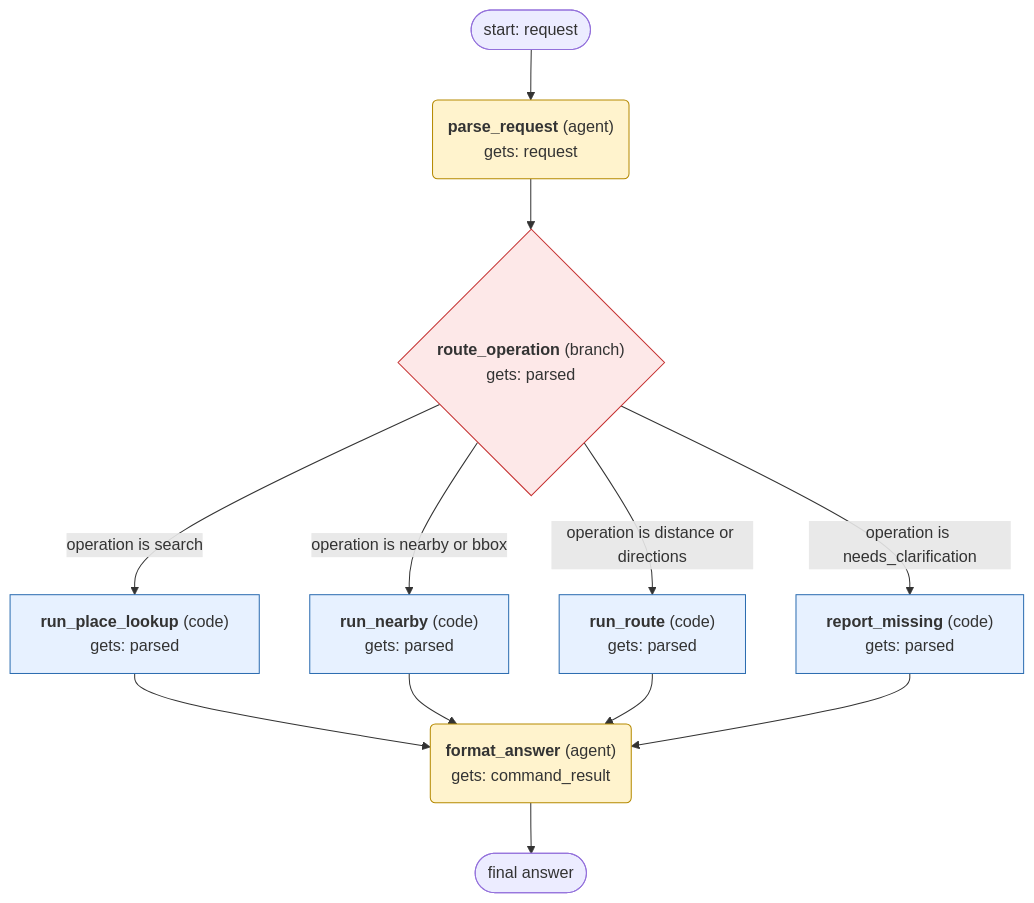
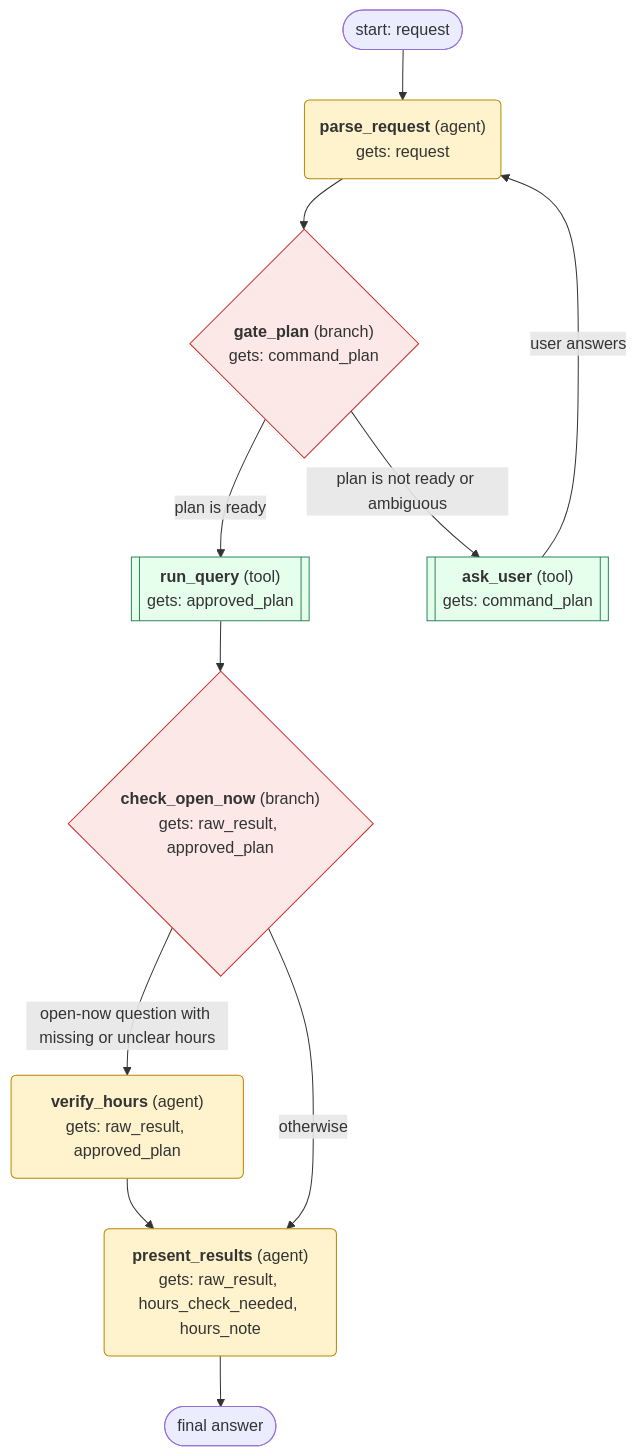
Before and after one commit to payalkanyan/hermes-pilot: the diagram in workflow/generated/maps/FLOWCHART.md, drawn with Mermaid. The commit also changed other lines of this file and 39 other files, not shown here.

````diff
--- a/workflow/generated/maps/FLOWCHART.md
+++ b/workflow/generated/maps/FLOWCHART.md
@@ -5,29 +5,28 @@
 ```mermaid
 flowchart TD
   start(["start: request"])
   parse_request("<b>parse_request</b> (agent)<br/>gets: request")
-  route_operation{"<b>route_operation</b> (branch)<br/>gets: parsed"}
-  run_place_lookup["<b>run_place_lookup</b> (code)<br/>gets: parsed"]
-  run_nearby["<b>run_nearby</b> (code)<br/>gets: parsed"]
-  run_route["<b>run_route</b> (code)<br/>gets: parsed"]
-  report_missing["<b>report_missing</b> (code)<br/>gets: parsed"]
-  format_answer("<b>format_answer</b> (agent)<br/>gets: command_result")
-  format_answer --> finish(["final answer"])
+  gate_plan{"<b>gate_plan</b> (branch)<br/>gets: command_plan"}
+  ask_user[["<b>ask_user</b> (tool)<br/>gets: command_plan"]]
+  run_query[["<b>run_query</b> (tool)<br/>gets: approved_plan"]]
+  check_open_now{"<b>check_open_now</b> (branch)<br/>gets: raw_result, approved_plan"}
+  verify_hours("<b>verify_hours</b> (agent)<br/>gets: raw_result, approved_plan")
+  present_results("<b>present_results</b> (agent)<br/>gets: raw_result, hours_check_needed, hours_note")
+  present_results --> finish(["final answer"])
   start --> parse_request
-  parse_request --> route_operation
-  route_operation -->|operation is search| run_place_lookup
-  route_operation -->|operation is nearby or bbox| run_nearby
-  route_operation -->|operation is distance or directions| run_route
-  route_operation -->|operation is needs_clarification| report_missing
-  run_place_lookup --> format_answer
-  run_nearby --> format_answer
-  run_route --> format_answer
-  report_missing --> format_answer
+  parse_request --> gate_plan
+  gate_plan -->|plan is ready| run_query
+  gate_plan -->|plan is not ready or ambiguous| ask_user
+  ask_user -->|user answers| parse_request
+  run_query --> check_open_now
+  check_open_now -->|open-now question with missing or unclear hours| verify_hours
+  check_open_now -->|otherwise| present_results
+  verify_hours --> present_results
   classDef agent fill:#fff3cd,stroke:#b58900;
   classDef code fill:#e7f1ff,stroke:#2b6cb0;
   classDef tool fill:#e6ffed,stroke:#2f855a;
   classDef branch fill:#fde8e8,stroke:#c53030;
-  class parse_request,format_answer agent;
-  class route_operation branch;
-  class run_place_lookup,run_nearby,run_route,report_missing code;
+  class ask_user,run_query tool;
+  class parse_request,verify_hours,present_results agent;
+  class gate_plan,check_open_now branch;
 ```
````
